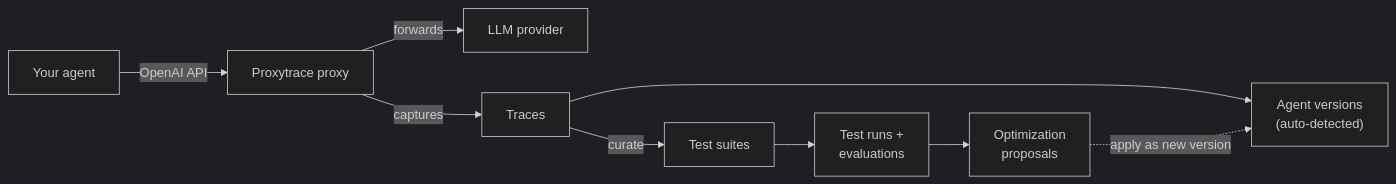
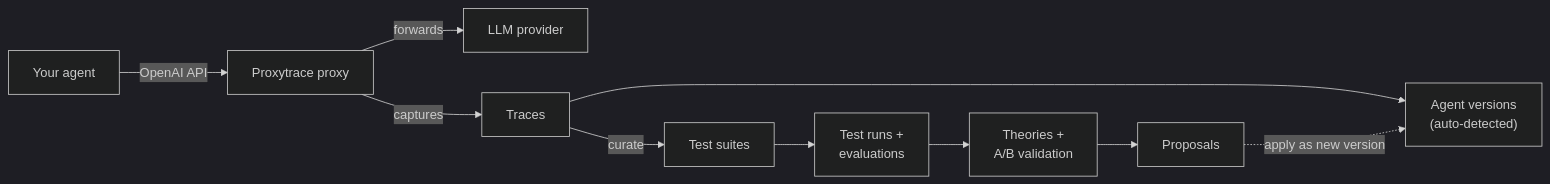
One commit to Proxytrace/Proxytrace changed the diagram in README.md. Above: the diagram before and after it, drawn with Mermaid (dark theme). The commit also changed other lines of this file and 7 other files, not shown here.

````diff
--- a/README.md
+++ b/README.md
@@ -100,11 +146,12 @@
 ```mermaid
 flowchart LR
     Agent["Your agent"] -->|OpenAI API| Proxy["Proxytrace proxy"]
     Proxy -->|forwards| Provider["LLM provider"]
     Proxy -->|captures| Traces["Traces"]
     Traces --> Agents["Agent versions<br/>(auto-detected)"]
     Traces -->|curate| Suites["Test suites"]
     Suites --> Runs["Test runs +<br/>evaluations"]
-    Runs --> Proposals["Optimization<br/>proposals"]
+    Runs --> Theories["Theories +<br/>A/B validation"]
+    Theories --> Proposals["Proposals"]
     Proposals -.->|apply as new version| Agents
 ```
````
